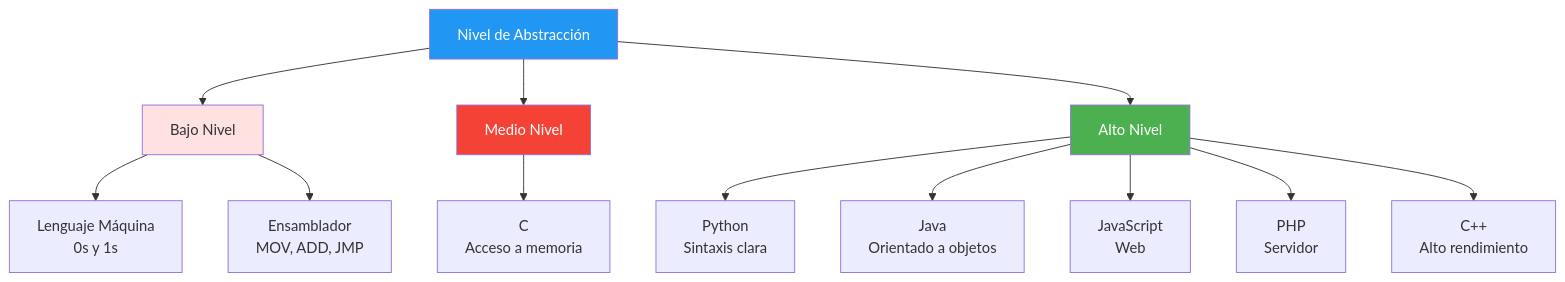
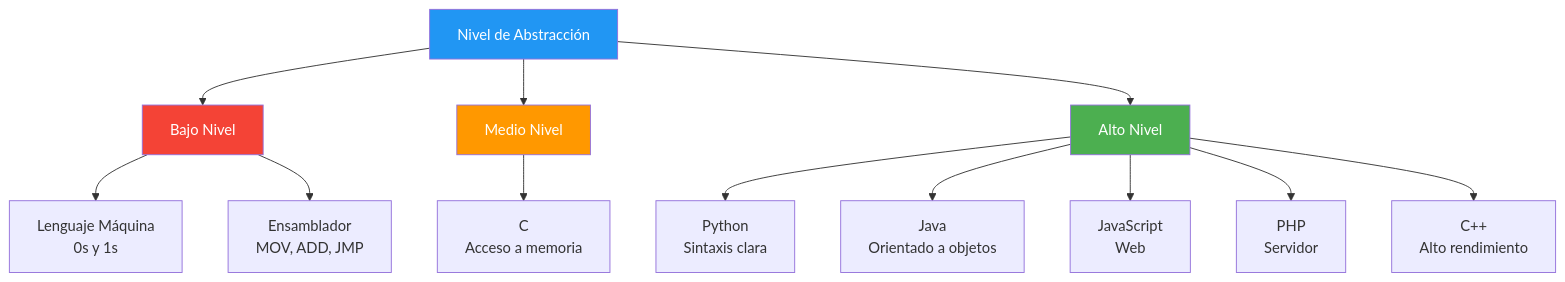
Before and after one commit to joseluisgs/EntornosDesarrollo-01-2026-2027: the second of 6 diagrams in 05-lenguajes-programacion.md, drawn with Mermaid. The commit also changed other lines of this file, not shown here.

````diff
--- a/05-lenguajes-programacion.md
+++ b/05-lenguajes-programacion.md
@@ -156,22 +173,22 @@
 ```mermaid
 graph TB
     A[Nivel de Abstracción] --> B[Bajo Nivel]
     A --> C[Medio Nivel]
     A --> D[Alto Nivel]
 
     B --> B1[Lenguaje Máquina<br/>0s y 1s]
     B --> B2[Ensamblador<br/>MOV, ADD, JMP]
 
     C --> C1[C<br/>Acceso a memoria]
 
     D --> D1[Python<br/>Sintaxis clara]
     D --> D2[Java<br/>Orientado a objetos]
     D --> D3[JavaScript<br/>Web]
     D --> D4[PHP<br/>Servidor]
     D --> D5[C++<br/>Alto rendimiento]
 
     style A fill:#2196F3,color:#fff
-    style B fill:#ffe1e1
-    style C fill:#f44336,color:#fff
+    style B fill:#f44336,color:#fff
+    style C fill:#FF9800,color:#fff
     style D fill:#4CAF50,color:#fff
 ```
````
